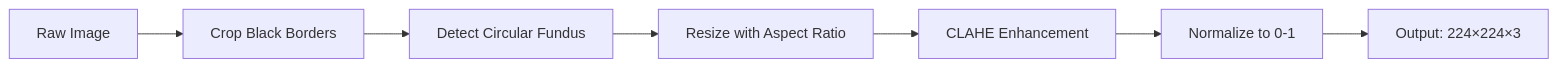
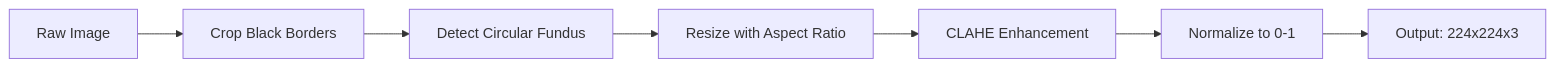
One commit to MayurBhama/Multi-Disease-Detection changed the third of 5 diagrams in README.md. Above: the diagram before and after it, drawn with Mermaid. The commit also changed other lines of this file, not shown here.

````diff
--- a/README.md
+++ b/README.md
@@ -338,9 +348,9 @@
 ```mermaid
 flowchart LR
     A[Raw Image] --> B[Crop Black Borders]
     B --> C[Detect Circular Fundus]
     C --> D[Resize with Aspect Ratio]
     D --> E[CLAHE Enhancement]
     E --> F[Normalize to 0-1]
-    F --> G[Output: 224×224×3]
+    F --> G[Output: 224x224x3]
 ```
````
